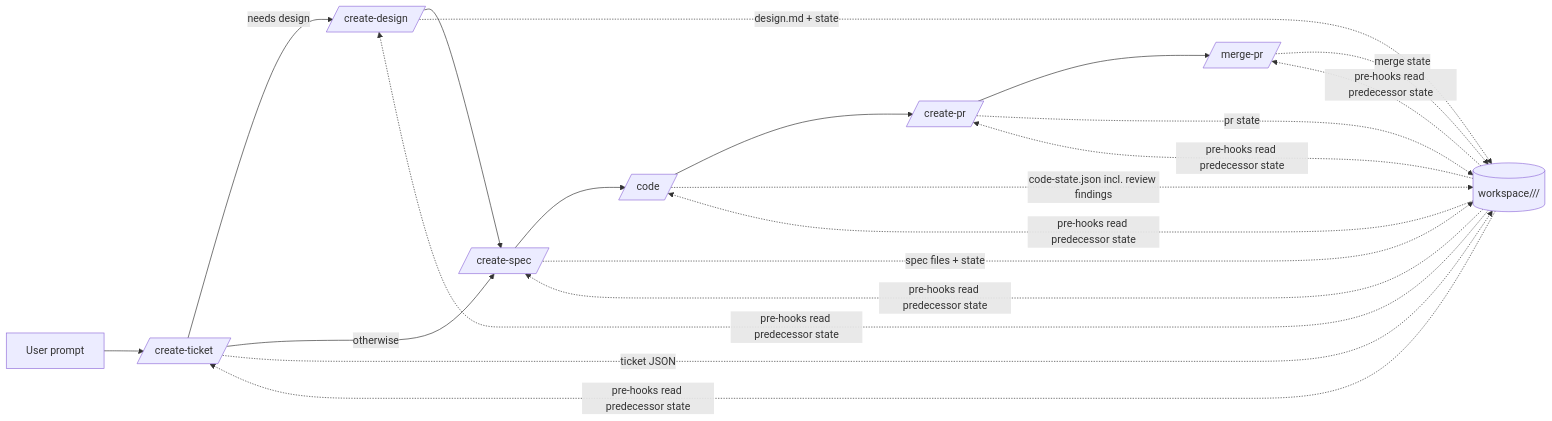
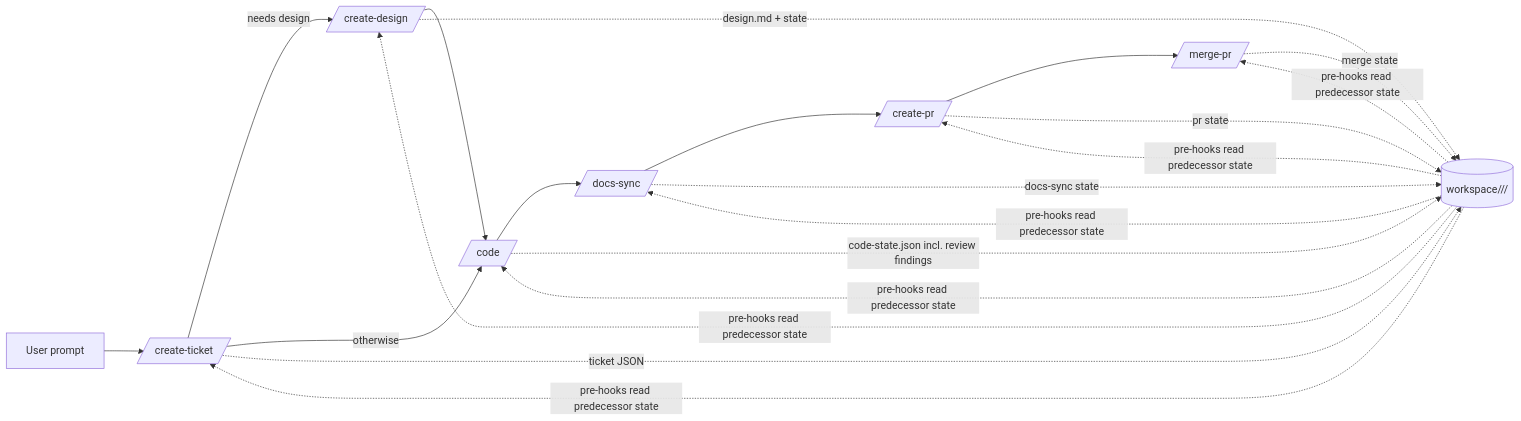
One commit to globalmindsolution/gms-marketplace changed the diagram in docs/requirements/functional/workflow.md. Above: the diagram before and after it, drawn with Mermaid. The commit also changed other lines of this file and 31 other files, not shown here.

Commit message:
[#299] Doc-set reference cleanup: remove stale create-spec mentions repo-wide (#306)

````diff
--- a/docs/requirements/functional/workflow.md
+++ b/docs/requirements/functional/workflow.md
@@ -24,18 +24,18 @@
 ```mermaid
 flowchart LR
     U[User prompt] --> T[/create-ticket/]
     T -->|needs design| D[/create-design/]
-    D --> S[/create-spec/]
-    T -->|otherwise| S
-    S --> C[/code/]
-    C --> P[/create-pr/]
+    D --> C[/code/]
+    T -->|otherwise| C
+    C --> DS[/docs-sync/]
+    DS --> P[/create-pr/]
     P --> M[/merge-pr/]
 
     T -. "ticket JSON" .-> W[(workspace/<repo>/<ticket-id>/)]
     D -. "design.md + state" .-> W
-    S -. "spec files + state" .-> W
     C -. "code-state.json incl. review findings" .-> W
+    DS -. "docs-sync state" .-> W
     P -. "pr state" .-> W
     M -. "merge state" .-> W
-    W -. "pre-hooks read predecessor state" .-> T & D & S & C & P & M
+    W -. "pre-hooks read predecessor state" .-> T & D & C & DS & P & M
 ```
````
